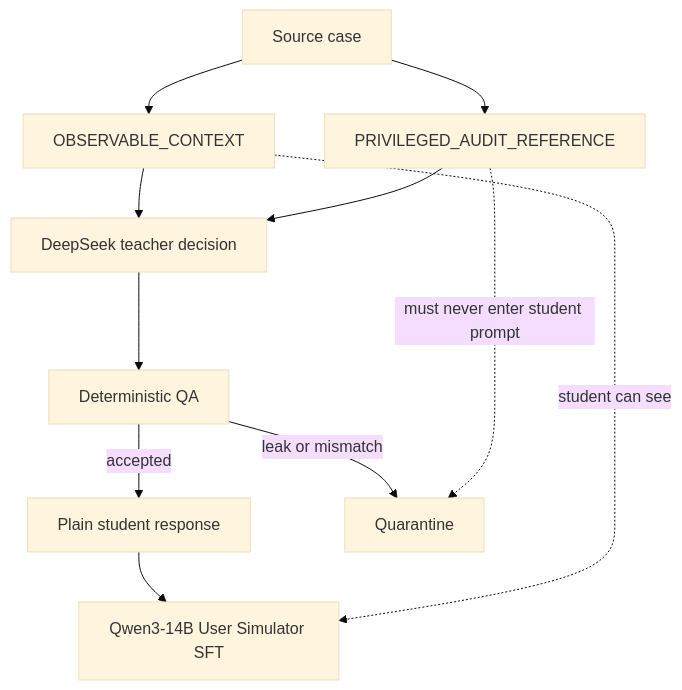
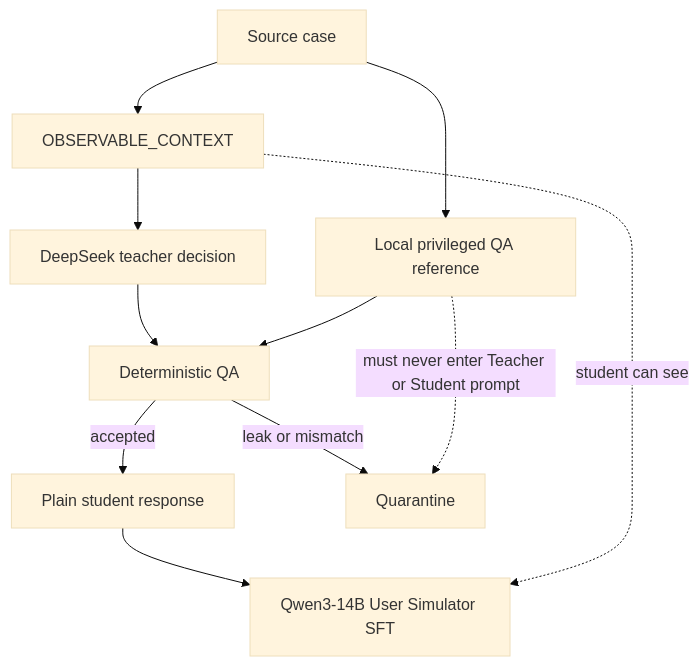
The second of 3 diagrams in docs/user-simulator-interview/README.md (iOPEN-Xing/agentic-rl), drawn with Mermaid (base theme) before and after one commit. The commit also changed other lines of this file and 12 other files, not shown here.

````diff
--- a/docs/user-simulator-interview/README.md
+++ b/docs/user-simulator-interview/README.md
@@ -491,14 +491,14 @@
 ```mermaid
 flowchart TD
     C["Source case"] --> O["OBSERVABLE_CONTEXT"]
-    C --> A["PRIVILEGED_AUDIT_REFERENCE"]
+    C --> A["Local privileged QA reference"]
     O --> T["DeepSeek teacher decision"]
-    A --> T
     T --> Q["Deterministic QA"]
+    A --> Q
     Q -->|"accepted"| S["Plain student response"]
     Q -->|"leak or mismatch"| X["Quarantine"]
     S --> F["Qwen3-14B User Simulator SFT"]
 
     O -.->|"student can see"| F
-    A -.->|"must never enter student prompt"| X
+    A -.->|"must never enter Teacher or Student prompt"| X
 ```
````
